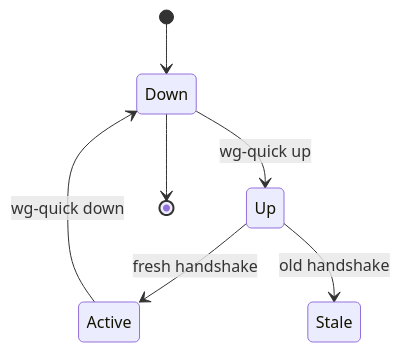
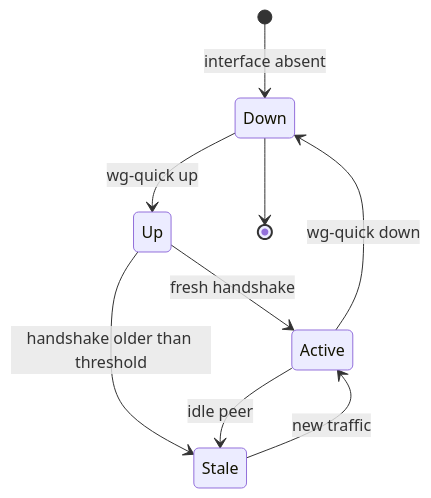
The third of 4 diagrams in docs/vpn-solutions/wireguard.md (roto31/Tunnel-Monitor---Universal), drawn with Mermaid before and after one commit. The commit also changed other lines of this file and 25 other files, not shown here.

First line of the commit message:
Docs: add vendor citations, topology SVGs, and updated Mermaid.

````diff
--- a/docs/vpn-solutions/wireguard.md
+++ b/docs/vpn-solutions/wireguard.md
@@ -39,9 +46,11 @@
 ```mermaid
 stateDiagram-v2
-    [*] --> Down
+    [*] --> Down: interface absent
     Down --> Up: wg-quick up
     Up --> Active: fresh handshake
-    Up --> Stale: old handshake
+    Up --> Stale: handshake older than threshold
+    Active --> Stale: idle peer
+    Stale --> Active: new traffic
     Active --> Down: wg-quick down
     Down --> [*]
 ```
````
